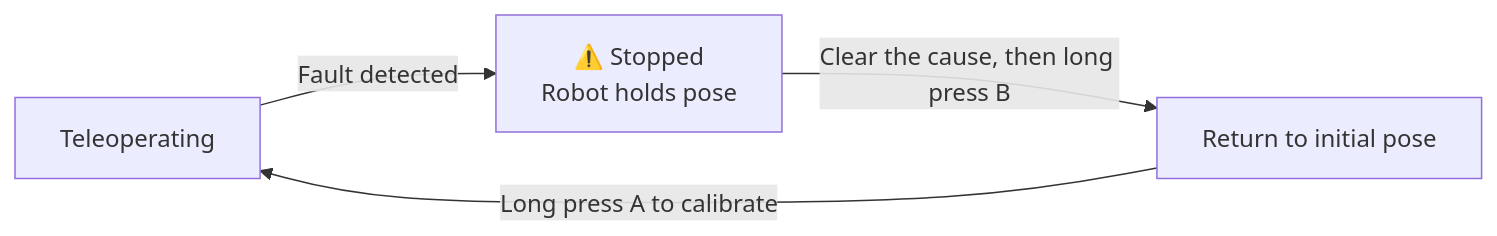
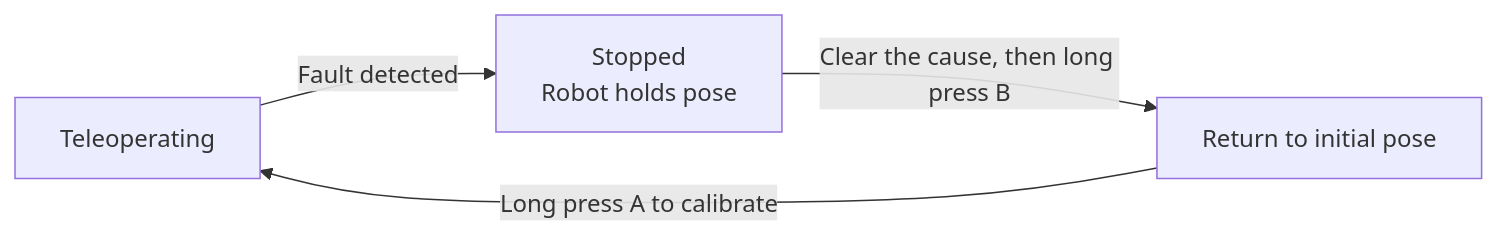
The third of 3 diagrams in lookie_teleop/docs/vr_teleop_quickstart.md (AgilexOpensource/lookie_ros), drawn with Mermaid before and after one commit. The commit also changed other lines of this file and 11 other files, not shown here.

````diff
--- a/lookie_teleop/docs/vr_teleop_quickstart.md
+++ b/lookie_teleop/docs/vr_teleop_quickstart.md
@@ -210,6 +199,6 @@
 ```mermaid
 flowchart LR
-    R["Teleoperating"] -- "Fault detected" --> P["⚠️ Stopped<br/>Robot holds pose"]
+    R["Teleoperating"] -- "Fault detected" --> P["Stopped<br/>Robot holds pose"]
     P -- "Clear the cause, then long press B" --> H["Return to initial pose"]
     H -- "Long press A to calibrate" --> R
 ```
````
